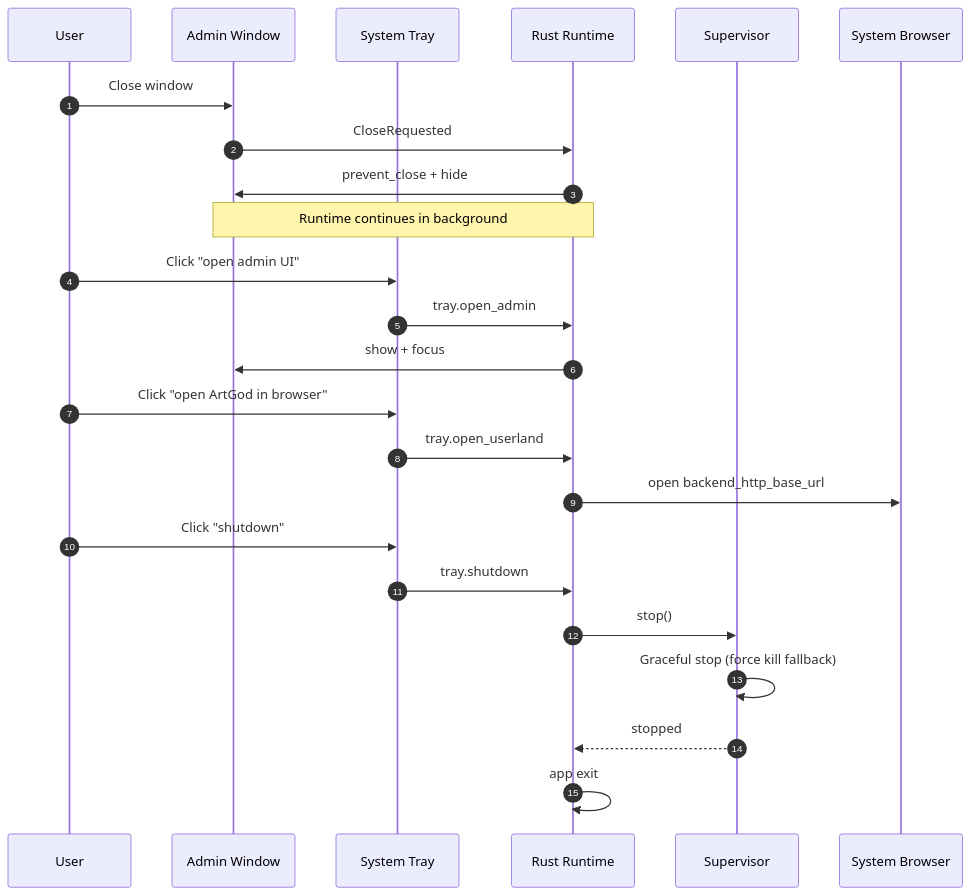
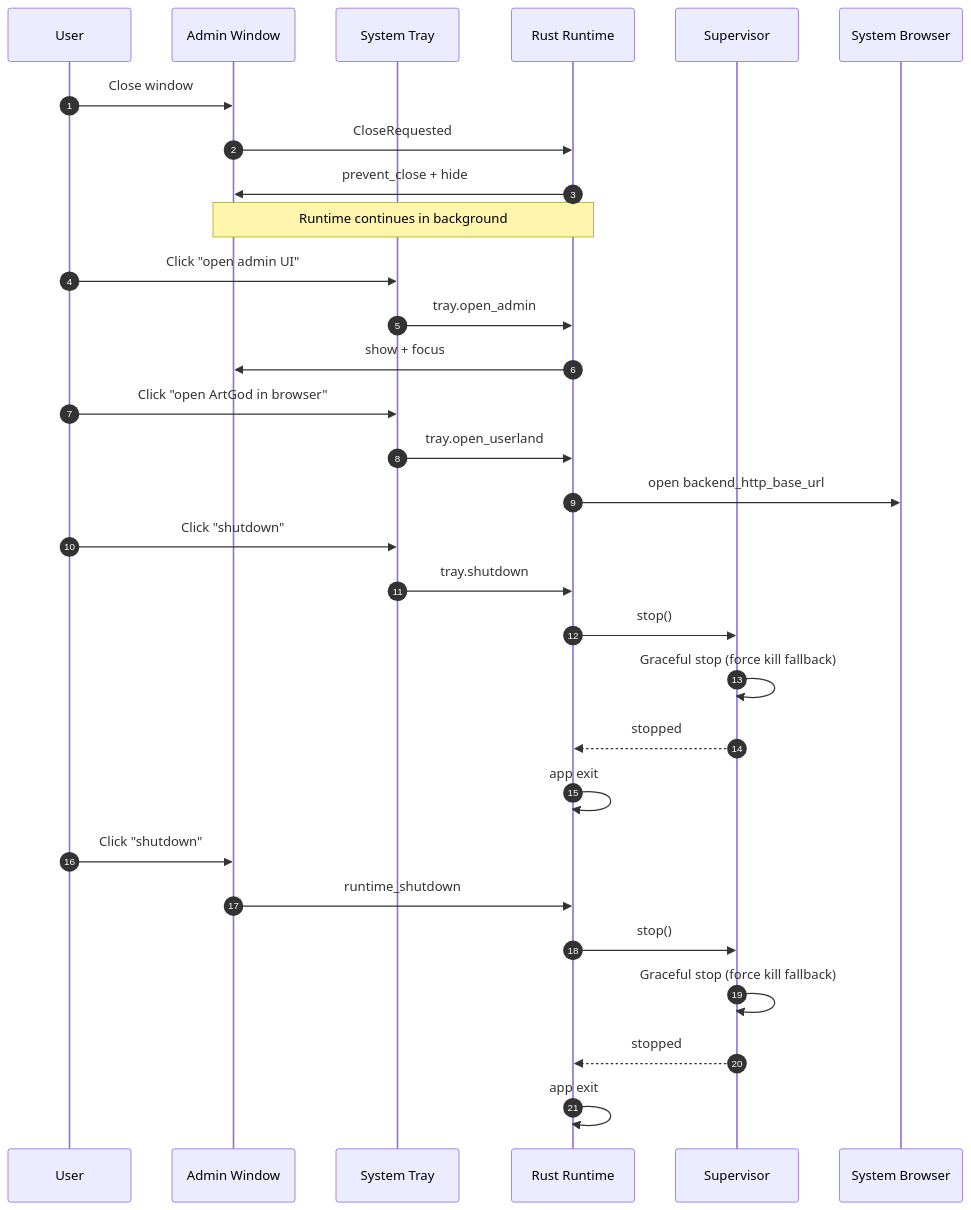
One commit to d347h-eth/artgod changed the diagram in docs/diagrams/03-desktop-window-tray-operations.md. Above: the diagram before and after it, drawn with Mermaid. The commit also changed other lines of this file and 2 other files, not shown here.

Commit message:
Update admin operations docs

````diff
--- a/docs/diagrams/03-desktop-window-tray-operations.md
+++ b/docs/diagrams/03-desktop-window-tray-operations.md
@@ -5,30 +5,37 @@
 ```mermaid
 sequenceDiagram
     autonumber
     participant U as User
     participant W as Admin Window
     participant TR as System Tray
     participant R as Rust Runtime
     participant S as Supervisor
     participant OS as System Browser
 
     U->>W: Close window
     W->>R: CloseRequested
     R->>W: prevent_close + hide
     Note over W,R: Runtime continues in background
 
     U->>TR: Click "open admin UI"
     TR->>R: tray.open_admin
     R->>W: show + focus
 
     U->>TR: Click "open ArtGod in browser"
     TR->>R: tray.open_userland
     R->>OS: open backend_http_base_url
 
     U->>TR: Click "shutdown"
     TR->>R: tray.shutdown
     R->>S: stop()
     S->>S: Graceful stop (force kill fallback)
     S-->>R: stopped
     R->>R: app exit
+
+    U->>W: Click "shutdown"
+    W->>R: runtime_shutdown
+    R->>S: stop()
+    S->>S: Graceful stop (force kill fallback)
+    S-->>R: stopped
+    R->>R: app exit
 ```
````
